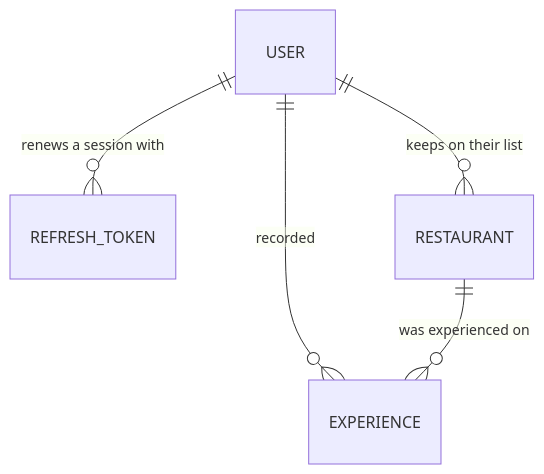
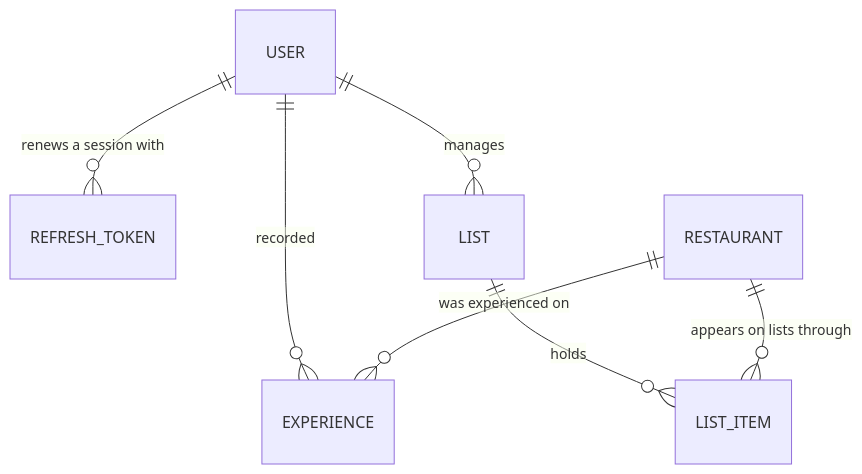
The diagram in docs/shortlist.data.md (arches/shortlist), drawn with Mermaid before and after one commit. The commit also changed other lines of this file and 10 other files, not shown here.

````diff
--- a/docs/shortlist.data.md
+++ b/docs/shortlist.data.md
@@ -3,11 +3,15 @@
 ```mermaid
 erDiagram
     USER ||--o{ REFRESH_TOKEN : "renews a session with"
-    USER ||--o{ RESTAURANT : "keeps on their list"
+    LIST ||--o{ LIST_ITEM : "holds"
+    RESTAURANT ||--o{ LIST_ITEM : "appears on lists through"
     USER ||--o{ EXPERIENCE : "recorded"
+    USER ||--o{ LIST : "manages"
     RESTAURANT ||--o{ EXPERIENCE : "was experienced on"
     USER
     REFRESH_TOKEN
+    LIST
+    LIST_ITEM
     RESTAURANT
     EXPERIENCE
 ```
````
